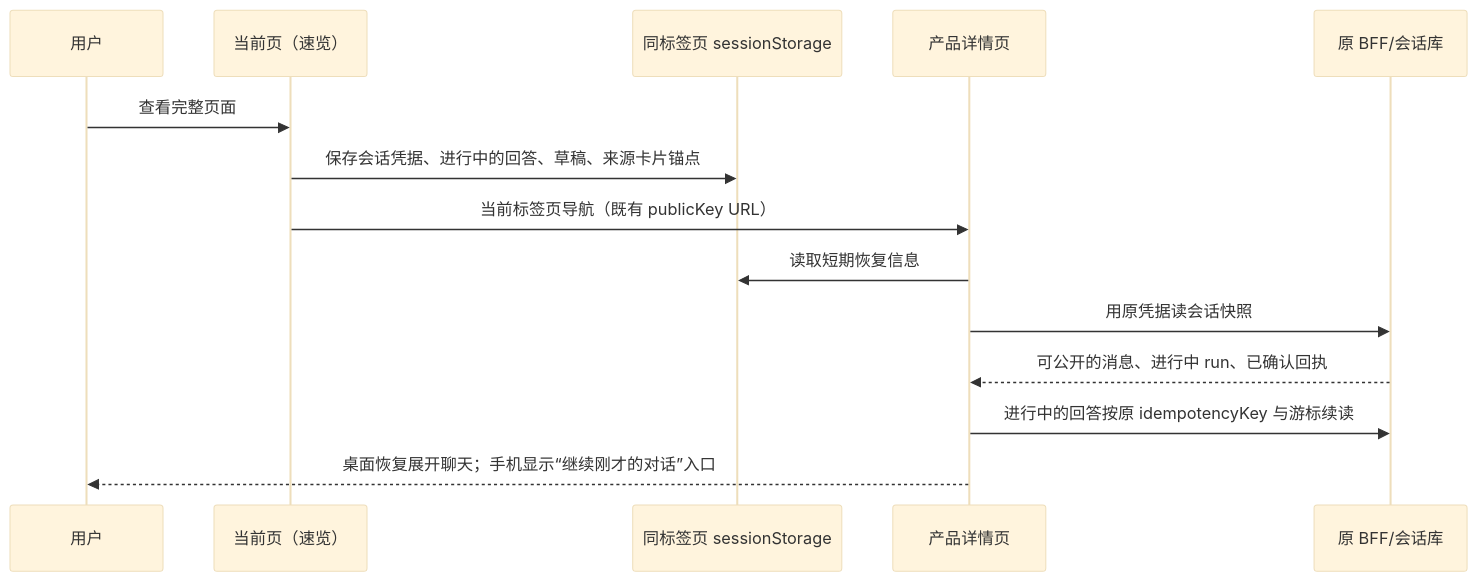
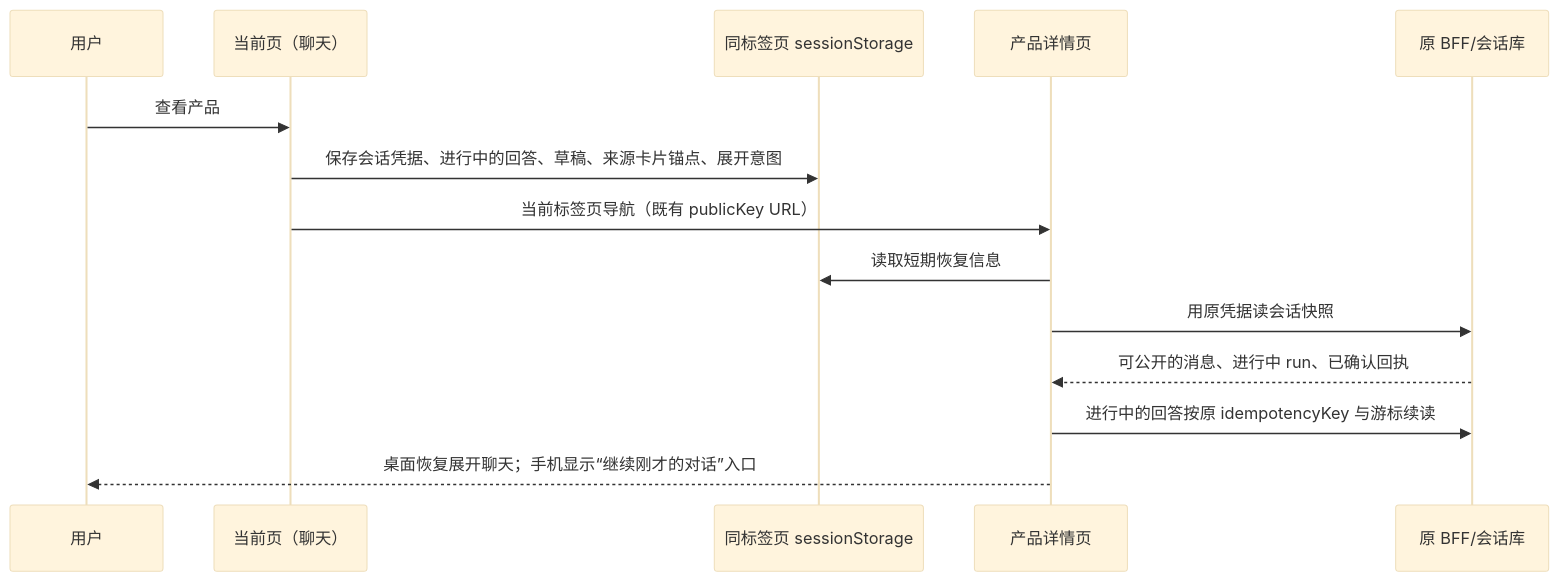
One commit to vibelingan/channel changed the diagram in docs/ai-platform/assistant-ui/ROUND2-DESIGN.md. Above: the diagram before and after it, drawn with Mermaid (base theme). The commit also changed other lines of this file, not shown here.

````diff
--- a/docs/ai-platform/assistant-ui/ROUND2-DESIGN.md
+++ b/docs/ai-platform/assistant-ui/ROUND2-DESIGN.md
@@ -232,16 +208,16 @@
 ```mermaid
 sequenceDiagram
   participant U as 用户
-  participant C as 当前页（速览）
+  participant C as 当前页（聊天）
   participant S as 同标签页 sessionStorage
   participant P as 产品详情页
   participant B as 原 BFF/会话库
-  U->>C: 查看完整页面
-  C->>S: 保存会话凭据、进行中的回答、草稿、来源卡片锚点
+  U->>C: 查看产品
+  C->>S: 保存会话凭据、进行中的回答、草稿、来源卡片锚点、展开意图
   C->>P: 当前标签页导航（既有 publicKey URL）
   P->>S: 读取短期恢复信息
   P->>B: 用原凭据读会话快照
   B-->>P: 可公开的消息、进行中 run、已确认回执
   P->>B: 进行中的回答按原 idempotencyKey 与游标续读
   P-->>U: 桌面恢复展开聊天；手机显示“继续刚才的对话”入口
 ```
````
